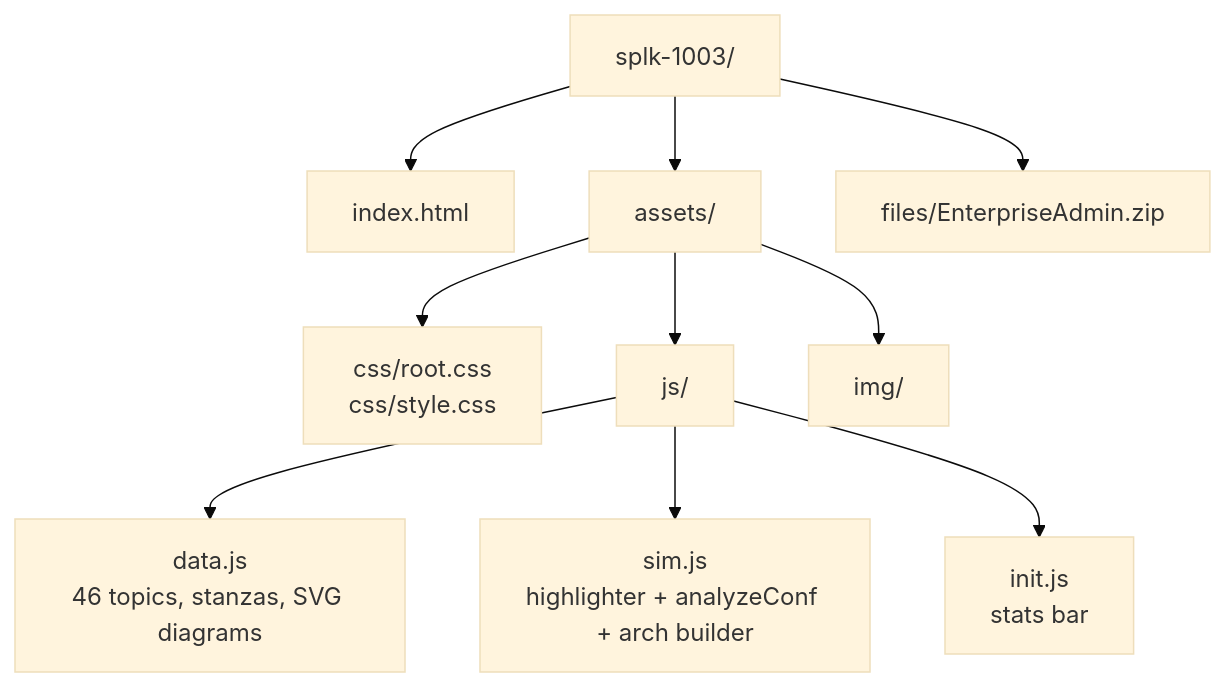
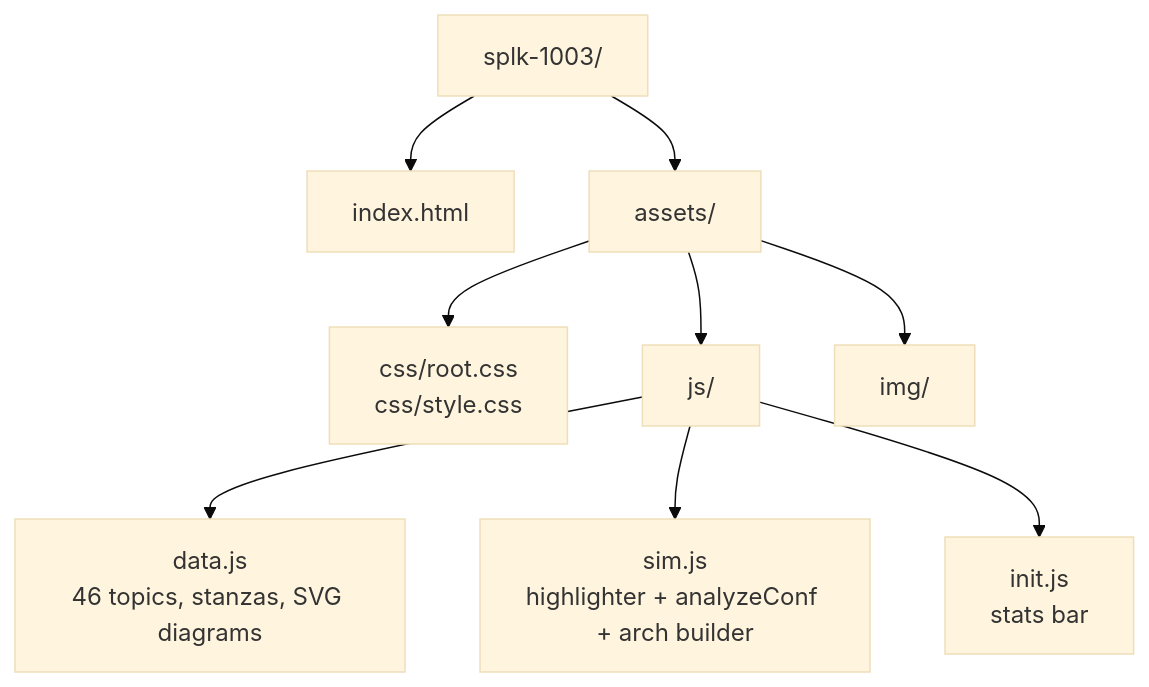
The fourth of 4 diagrams in splk-1003/README.md (qays3/Splunk-Practice), drawn with Mermaid (base theme) before and after one commit. The commit also changed other lines of this file and 4 other files, not shown here.

````diff
--- a/splk-1003/README.md
+++ b/splk-1003/README.md
@@ -89,12 +89,11 @@
 ```mermaid
 flowchart TD
     R["splk-1003/"] --> I["index.html"]
     R --> A["assets/"]
-    R --> F["files/EnterpriseAdmin.zip"]
     A --> CSS["css/root.css<br/>css/style.css"]
     A --> JS["js/"]
     A --> IMG["img/"]
     JS --> D["data.js<br/>46 topics, stanzas, SVG diagrams"]
     JS --> S["sim.js<br/>highlighter + analyzeConf + arch builder"]
     JS --> N["init.js<br/>stats bar"]
 ```
````
